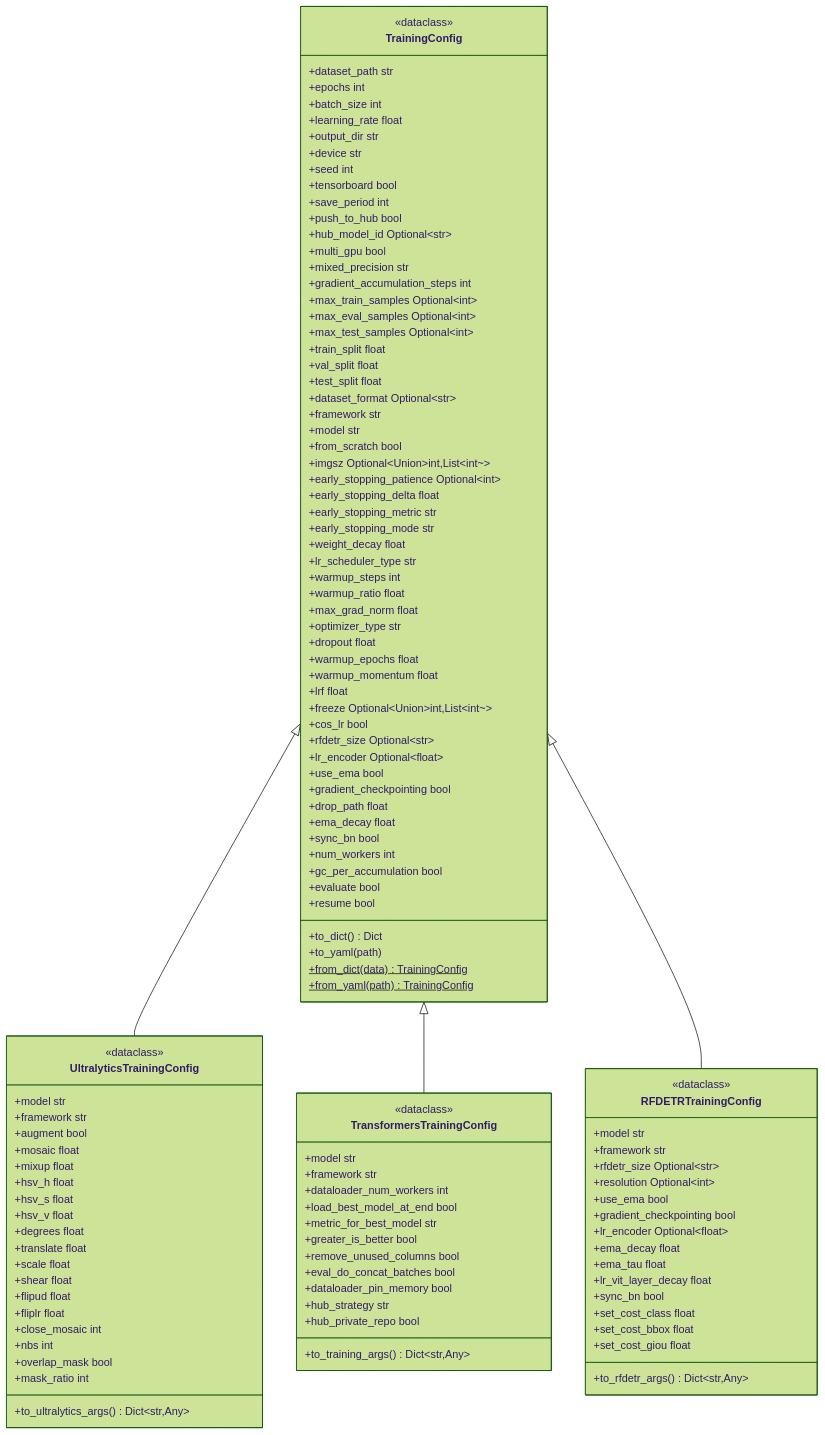
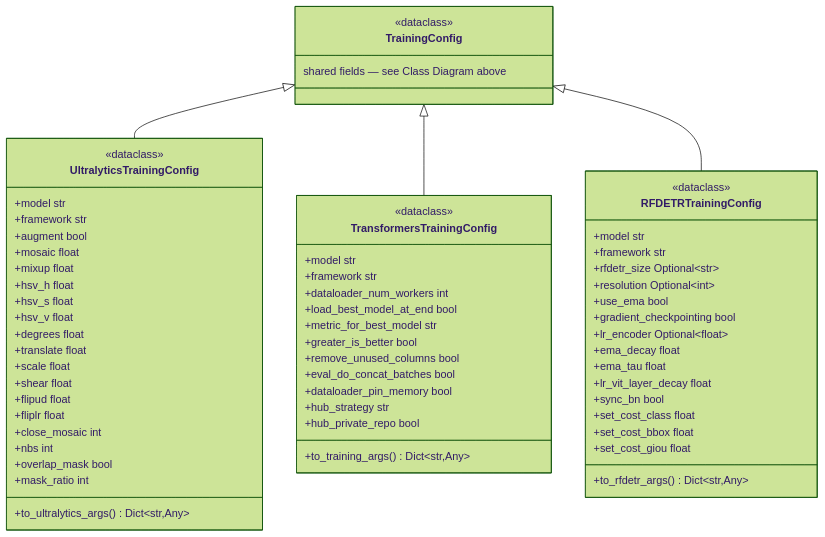
One commit to Black-Bee-Drones/nectar-sdk changed the fourth of 5 diagrams in nectar/nectar/ai/detection/README.md. Above: the diagram before and after it, drawn with Mermaid (forest theme). The commit also changed other lines of this file and 31 other files, not shown here.

```diff
--- a/nectar/nectar/ai/detection/README.md
+++ b/nectar/nectar/ai/detection/README.md
@@ -622,62 +625,7 @@
 classDiagram
     class TrainingConfig {
         <<dataclass>>
-        +dataset_path str
-        +epochs int
-        +batch_size int
-        +learning_rate float
-        +output_dir str
-        +device str
-        +seed int
-        +tensorboard bool
-        +save_period int
-        +push_to_hub bool
-        +hub_model_id Optional~str~
-        +multi_gpu bool
-        +mixed_precision str
-        +gradient_accumulation_steps int
-        +max_train_samples Optional~int~
-        +max_eval_samples Optional~int~
-        +max_test_samples Optional~int~
-        +train_split float
-        +val_split float
-        +test_split float
-        +dataset_format Optional~str~
-        +framework str
-        +model str
-        +from_scratch bool
-        +imgsz Optional~Union~int,List~int~~
-        +early_stopping_patience Optional~int~
-        +early_stopping_delta float
-        +early_stopping_metric str
-        +early_stopping_mode str
-        +weight_decay float
-        +lr_scheduler_type str
-        +warmup_steps int
-        +warmup_ratio float
-        +max_grad_norm float
-        +optimizer_type str
-        +dropout float
-        +warmup_epochs float
-        +warmup_momentum float
-        +lrf float
-        +freeze Optional~Union~int,List~int~~
-        +cos_lr bool
-        +rfdetr_size Optional~str~
-        +lr_encoder Optional~float~
-        +use_ema bool
-        +gradient_checkpointing bool
-        +drop_path float
-        +ema_decay float
-        +sync_bn bool
-        +num_workers int
-        +gc_per_accumulation bool
-        +evaluate bool
-        +resume bool
-        +to_dict() Dict
-        +to_yaml(path)
-        +from_dict(data)$ TrainingConfig
-        +from_yaml(path)$ TrainingConfig
+        shared fields — see Class Diagram above
     }
 
     class UltralyticsTrainingConfig {
```
